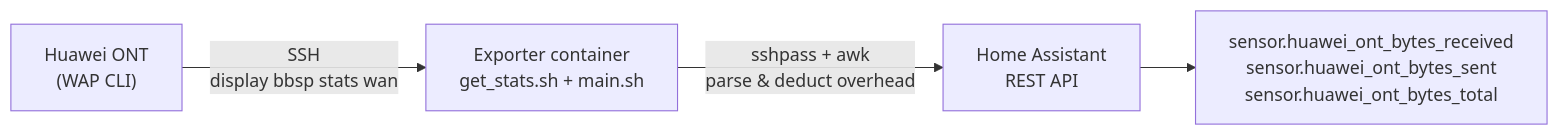
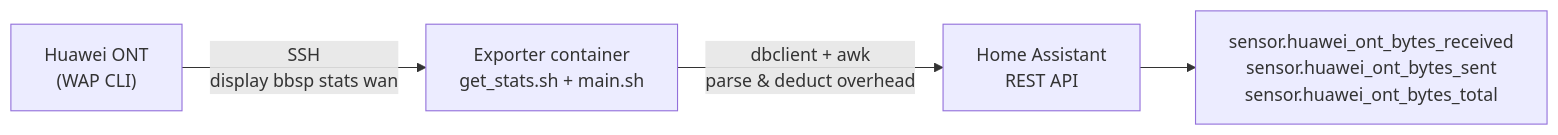
The diagram in README.md (YasogaN/ha-huawei-ont-exporter), drawn with Mermaid before and after one commit. The commit also changed other lines of this file and 3 other files, not shown here.

Commit message:
feat: use Dropbear dbclient instead of OpenSSH and sshpass

````diff
--- a/README.md
+++ b/README.md
@@ -13,6 +13,6 @@
 ```mermaid
 flowchart LR
     A["Huawei ONT<br/>(WAP CLI)"] -->|"SSH<br/>display bbsp stats wan"| B["Exporter container<br/>get_stats.sh + main.sh"]
-    B -->|"sshpass + awk<br/>parse &amp; deduct overhead"| C["Home Assistant<br/>REST API"]
+    B -->|"dbclient + awk<br/>parse &amp; deduct overhead"| C["Home Assistant<br/>REST API"]
     C --> D["sensor.huawei_ont_bytes_received<br/>sensor.huawei_ont_bytes_sent<br/>sensor.huawei_ont_bytes_total"]
 ```
````
